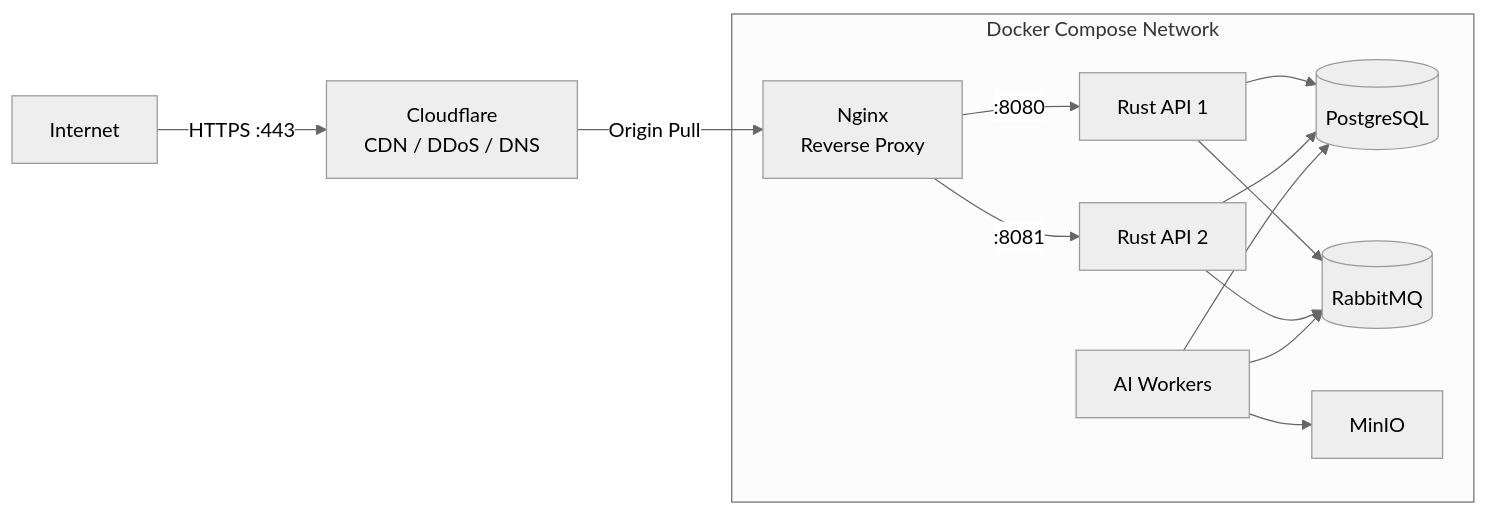
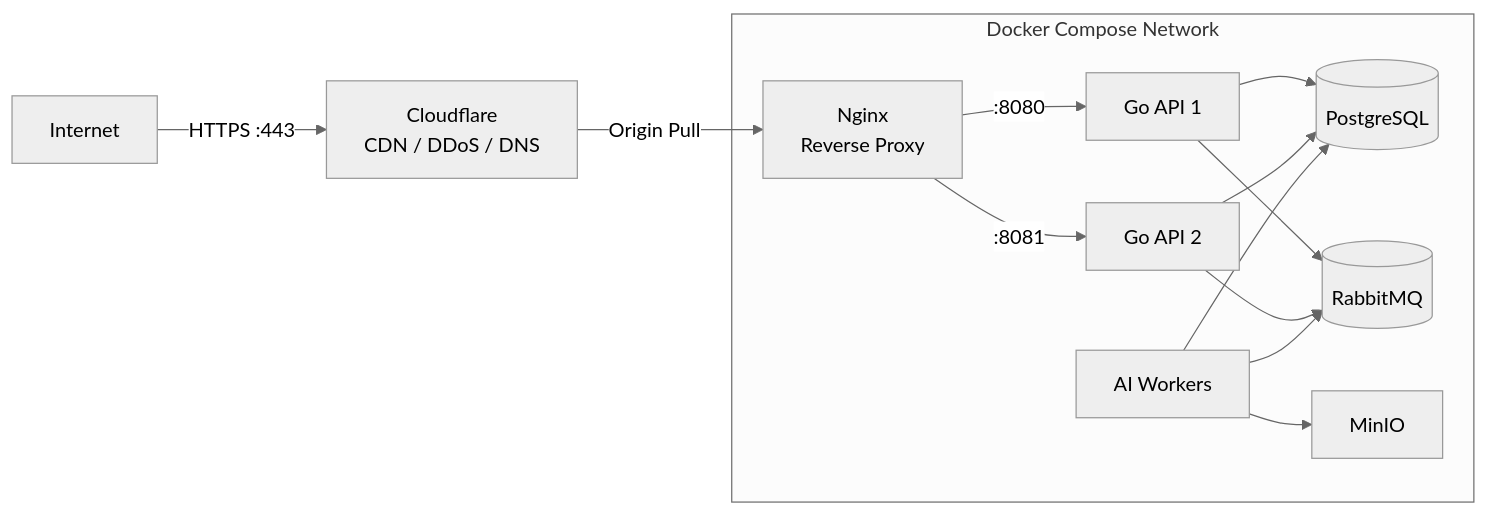
The second of 2 diagrams in docs/20-engineering/developer_guide/architecture/deployment/production.md (Ascension-EIP/Ascension), drawn with Mermaid (neutral theme) before and after one commit. The commit also changed other lines of this file and 15 other files, not shown here.

First line of the commit message:
refactor(server): migrate api gateway from rust to go

````diff
--- a/docs/20-engineering/developer_guide/architecture/deployment/production.md
+++ b/docs/20-engineering/developer_guide/architecture/deployment/production.md
@@ -205,17 +205,17 @@
 ```mermaid
 graph LR
     Internet -->|HTTPS :443| Cloudflare[Cloudflare<br/>CDN / DDoS / DNS]
     Cloudflare -->|Origin Pull| Nginx[Nginx<br/>Reverse Proxy]
 
     subgraph "Docker Compose Network"
-        Nginx -->|:8080| API1[Rust API 1]
-        Nginx -->|:8081| API2[Rust API 2]
+        Nginx -->|:8080| API1[Go API 1]
+        Nginx -->|:8081| API2[Go API 2]
         API1 --> DB[(PostgreSQL)]
         API2 --> DB
         API1 --> RMQ[(RabbitMQ)]
         API2 --> RMQ
         Workers[AI Workers] --> RMQ
         Workers --> MinIO[MinIO]
         Workers --> DB
     end
 ```
````
